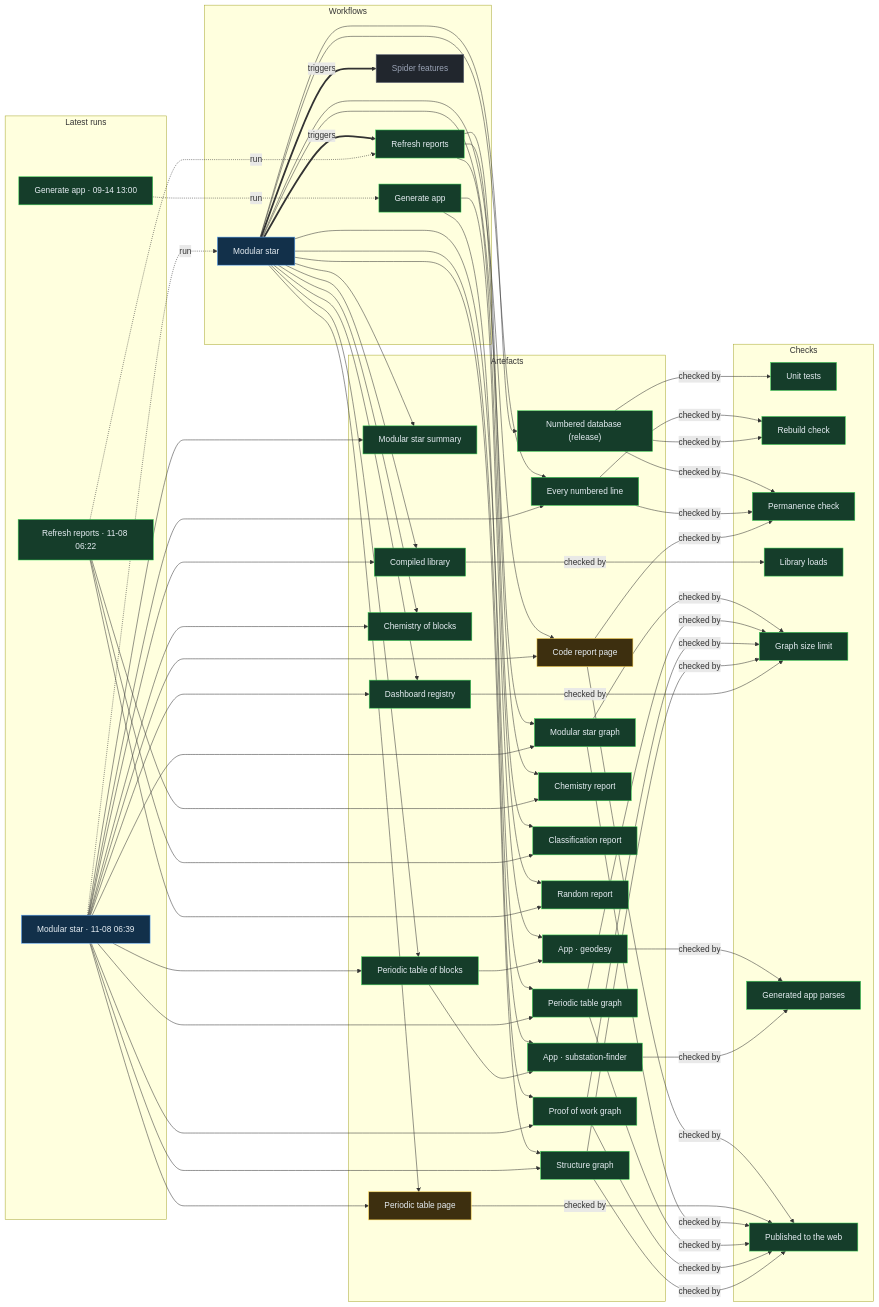
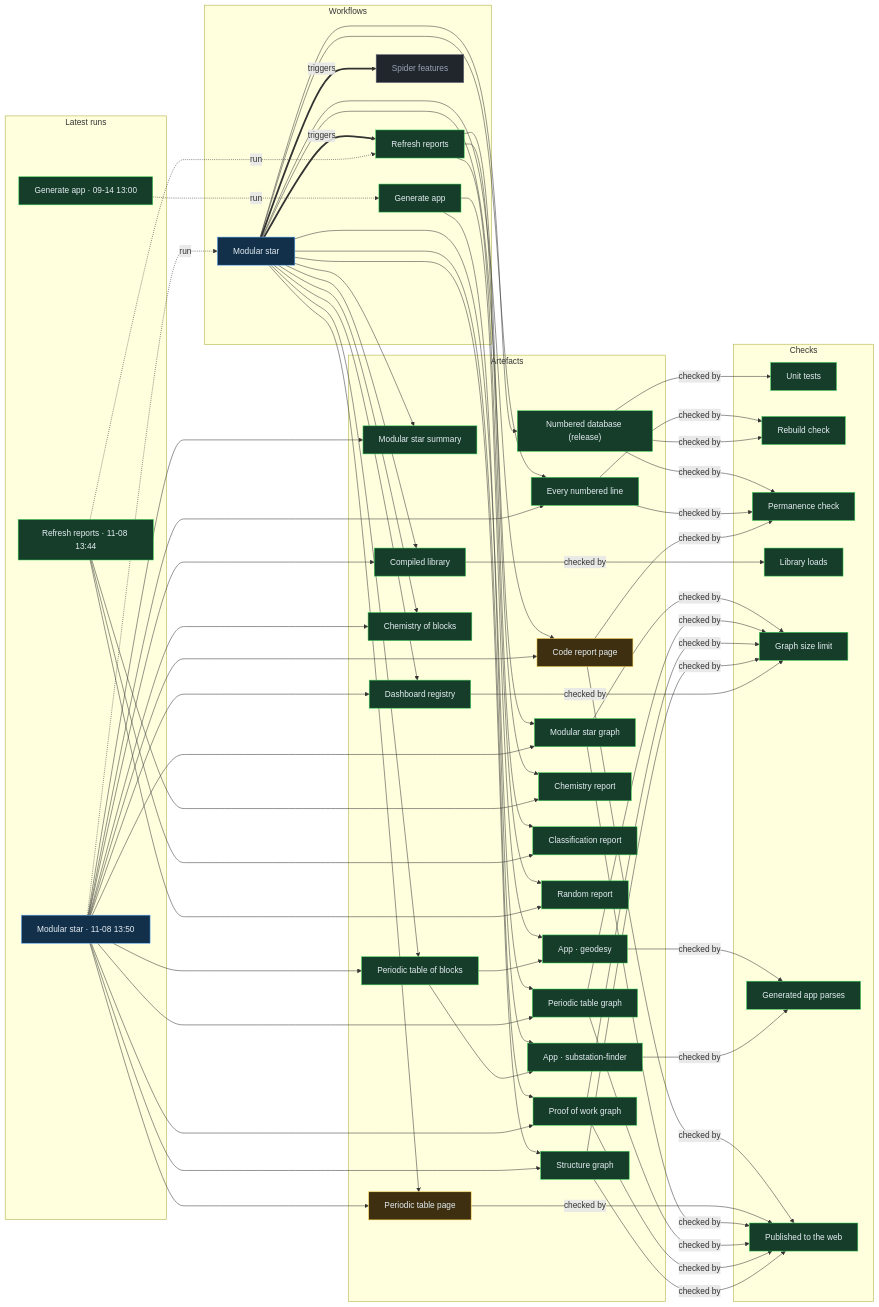
The diagram in proof/PROOF.md (Ventusltd/stars), drawn with Mermaid before and after one commit. The commit also changed other lines of this file and 51 other files, not shown here.

Commit message:
Modular star 2026-11-08T13:53Z

```diff
--- a/proof/PROOF.md
+++ b/proof/PROOF.md
@@ -24,8 +24,8 @@
   n_wf_spider_features["Spider features"]:::off
   end
   subgraph g_runs["Latest runs"]
-  n_run_42455645183["Modular star · 11-08 06:39"]:::live
-  n_run_42454460699["Refresh reports · 11-08 06:22"]:::ok
+  n_run_42486882194["Modular star · 11-08 13:50"]:::live
+  n_run_42486381293["Refresh reports · 11-08 13:44"]:::ok
   n_run_34846587798["Generate app · 09-14 13:00"]:::ok
   end
   subgraph g_artefacts["Artefacts"]
@@ -59,39 +59,39 @@
   end
   n_wf_modular_star == triggers ==> n_wf_refresh
   n_wf_modular_star == triggers ==> n_wf_spider_features
-  n_run_42455645183 -. run .-> n_wf_modular_star
-  n_run_42454460699 -. run .-> n_wf_refresh
+  n_run_42486882194 -. run .-> n_wf_modular_star
+  n_run_42486381293 -. run .-> n_wf_refresh
   n_run_34846587798 -. run .-> n_wf_generate
   n_wf_modular_star --> n_art_summary
-  n_run_42455645183 --> n_art_summary
+  n_run_42486882194 --> n_art_summary
   n_wf_modular_star --> n_art_lines
-  n_run_42455645183 --> n_art_lines
+  n_run_42486882194 --> n_art_lines
   n_wf_modular_star --> n_art_code
-  n_run_42455645183 --> n_art_code
+  n_run_42486882194 --> n_art_code
   n_wf_modular_star --> n_art_modular_graph
-  n_run_42455645183 --> n_art_modular_graph
+  n_run_42486882194 --> n_art_modular_graph
   n_wf_modular_star --> n_art_blocks
-  n_run_42455645183 --> n_art_blocks
+  n_run_42486882194 --> n_art_blocks
   n_wf_modular_star --> n_art_table
-  n_run_42455645183 --> n_art_table
+  n_run_42486882194 --> n_art_table
   n_wf_modular_star --> n_art_blocks_graph
-  n_run_42455645183 --> n_art_blocks_graph
+  n_run_42486882194 --> n_art_blocks_graph
   n_wf_modular_star --> n_art_reactions
-  n_run_42455645183 --> n_art_reactions
+  n_run_42486882194 --> n_art_reactions
   n_wf_modular_star --> n_art_library
-  n_run_42455645183 --> n_art_library
+  n_run_42486882194 --> n_art_library
   n_wf_modular_star --> n_art_features
-  n_run_42455645183 --> n_art_features
+  n_run_42486882194 --> n_art_features
   n_wf_modular_star --> n_art_proof
-  n_run_42455645183 --> n_art_proof
+  n_run_42486882194 --> n_art_proof
   n_wf_modular_star --> n_art_structure
-  n_run_42455645183 --> n_art_structure
+  n_run_42486882194 --> n_art_structure
   n_wf_refresh --> n_art_chemistry
-  n_run_42454460699 --> n_art_chemistry
+  n_run_42486381293 --> n_art_chemistry
   n_wf_refresh --> n_art_vedic
-  n_run_42454460699 --> n_art_vedic
+  n_run_42486381293 --> n_art_vedic
   n_wf_refresh --> n_art_random
-  n_run_42454460699 --> n_art_random
+  n_run_42486381293 --> n_art_random
   n_wf_modular_star --> n_art_release
   n_wf_generate --> n_app_geodesy
   n_art_blocks --> n_app_geodesy
```
